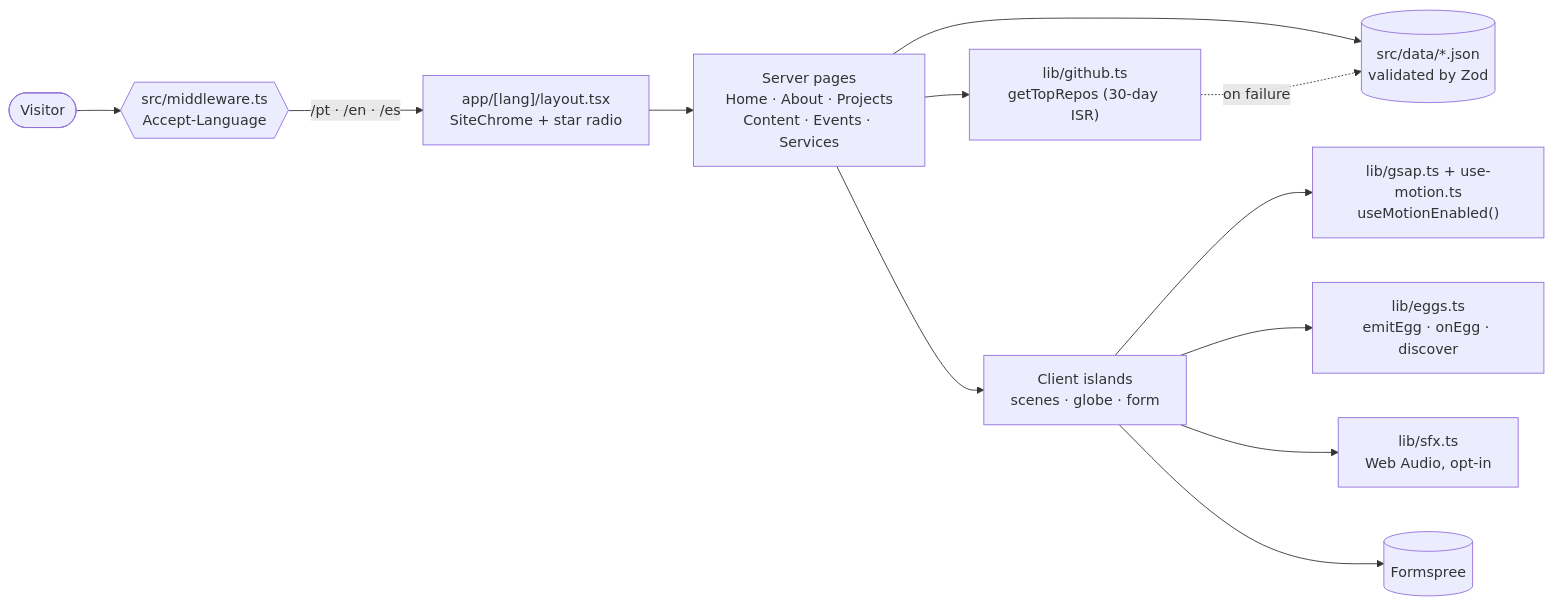
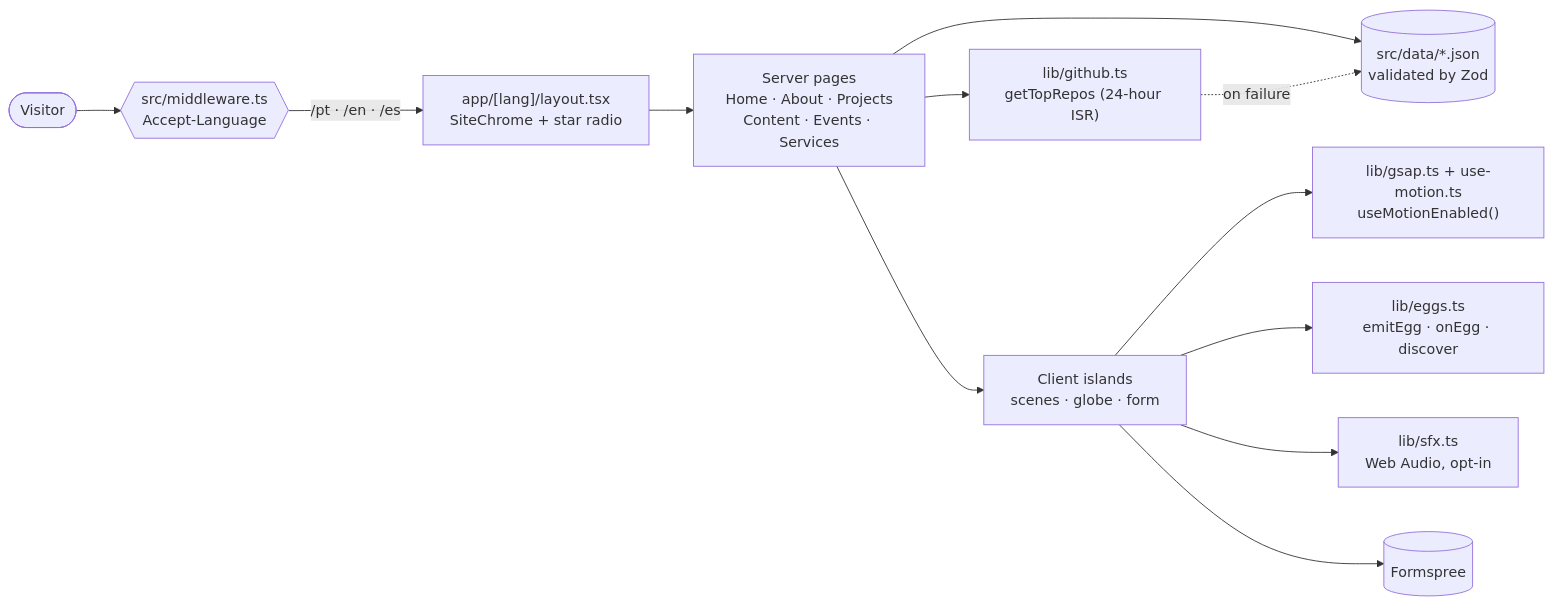
The diagram in README.md (glaucia86/glaucialemos.dev), drawn with Mermaid before and after one commit. The commit also changed other lines of this file and 107 other files, not shown here.

````diff
--- a/README.md
+++ b/README.md
@@ -149,14 +149,14 @@
 ```mermaid
 flowchart LR
     V([Visitor]) --> M{{src/middleware.ts<br/>Accept-Language}}
     M -->|/pt · /en · /es| L["app/[lang]/layout.tsx<br/>SiteChrome + star radio"]
     L --> P["Server pages<br/>Home · About · Projects<br/>Content · Events · Services"]
     P --> D[("src/data/*.json<br/>validated by Zod")]
-    P --> G["lib/github.ts<br/>getTopRepos (30-day ISR)"]
+    P --> G["lib/github.ts<br/>getTopRepos (24-hour ISR)"]
     G -.on failure.-> D
     P --> C["Client islands<br/>scenes · globe · form"]
     C --> MO["lib/gsap.ts + use-motion.ts<br/>useMotionEnabled()"]
     C --> E["lib/eggs.ts<br/>emitEgg · onEgg · discover"]
     C --> S["lib/sfx.ts<br/>Web Audio, opt-in"]
     C --> F[(Formspree)]
 ```
````
